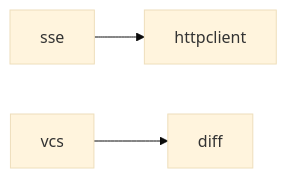
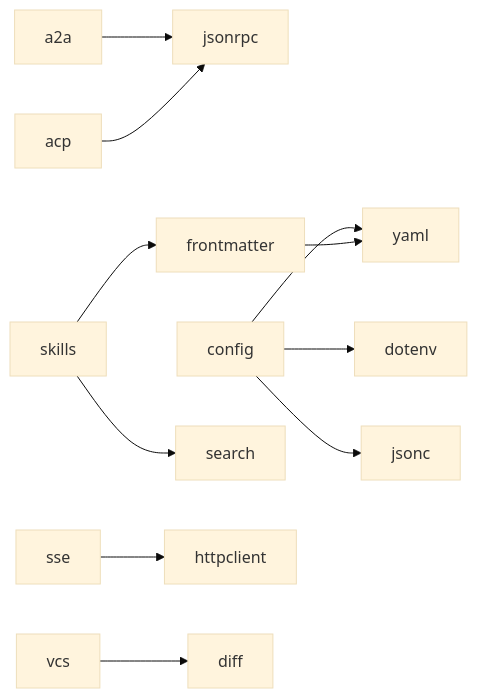
One commit to Oaklight/zerodep changed the diagram in docs/guide/manifest.md. Above: the diagram before and after it, drawn with Mermaid (base theme). The commit also changed other lines of this file and 1 other file, not shown here.

````diff
--- a/docs/guide/manifest.md
+++ b/docs/guide/manifest.md
@@ -97,5 +112,13 @@
 ```mermaid
 graph LR
+    a2a --> jsonrpc
+    acp --> jsonrpc
+    config --> dotenv
+    config --> yaml
+    config --> jsonc
+    frontmatter --> yaml
+    skills --> frontmatter
+    skills --> search
     sse --> httpclient
     vcs --> diff
 ```
````
